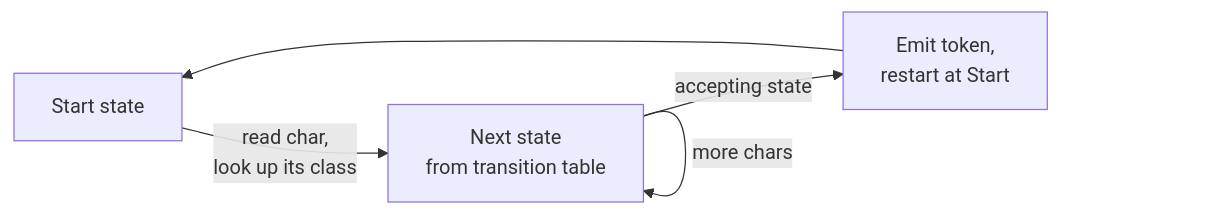
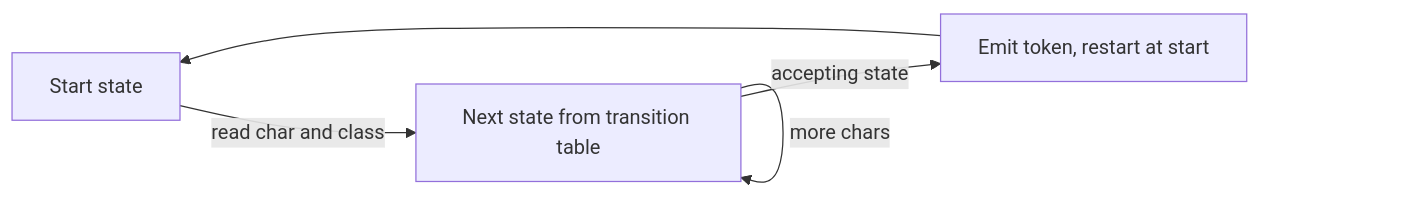
One commit to sant-mell/parallel-syntax-highlighter changed the second of 2 diagrams in README.md. Above: the diagram before and after it, drawn with Mermaid. The commit also changed other lines of this file, not shown here.

Commit message:
Harden Mermaid diagram syntax for reliable GitHub rendering

````diff
--- a/README.md
+++ b/README.md
@@ -119,7 +119,7 @@
 ```mermaid
 flowchart LR
-    S[Start state] -->|read char,<br/>look up its class| N[Next state<br/>from transition table]
+    S["Start state"] -->|read char and class| N["Next state from transition table"]
     N -->|more chars| N
-    N -->|accepting state| E[Emit token,<br/>restart at Start]
+    N -->|accepting state| E["Emit token, restart at start"]
     E --> S
 ```
````
